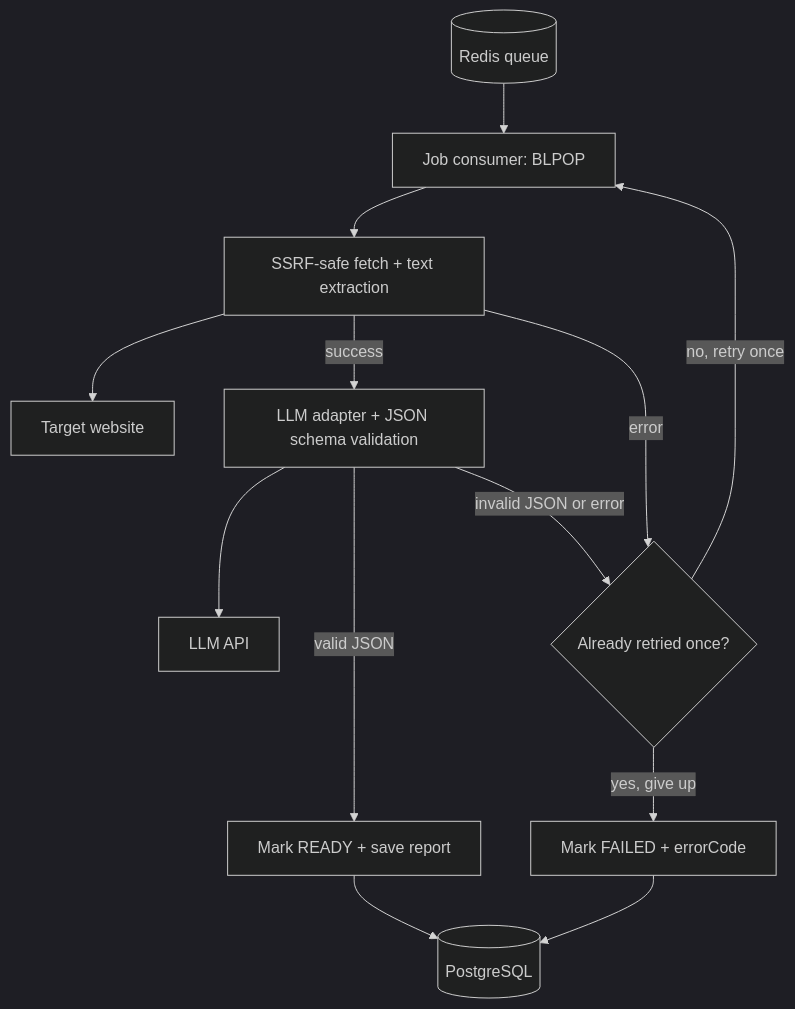
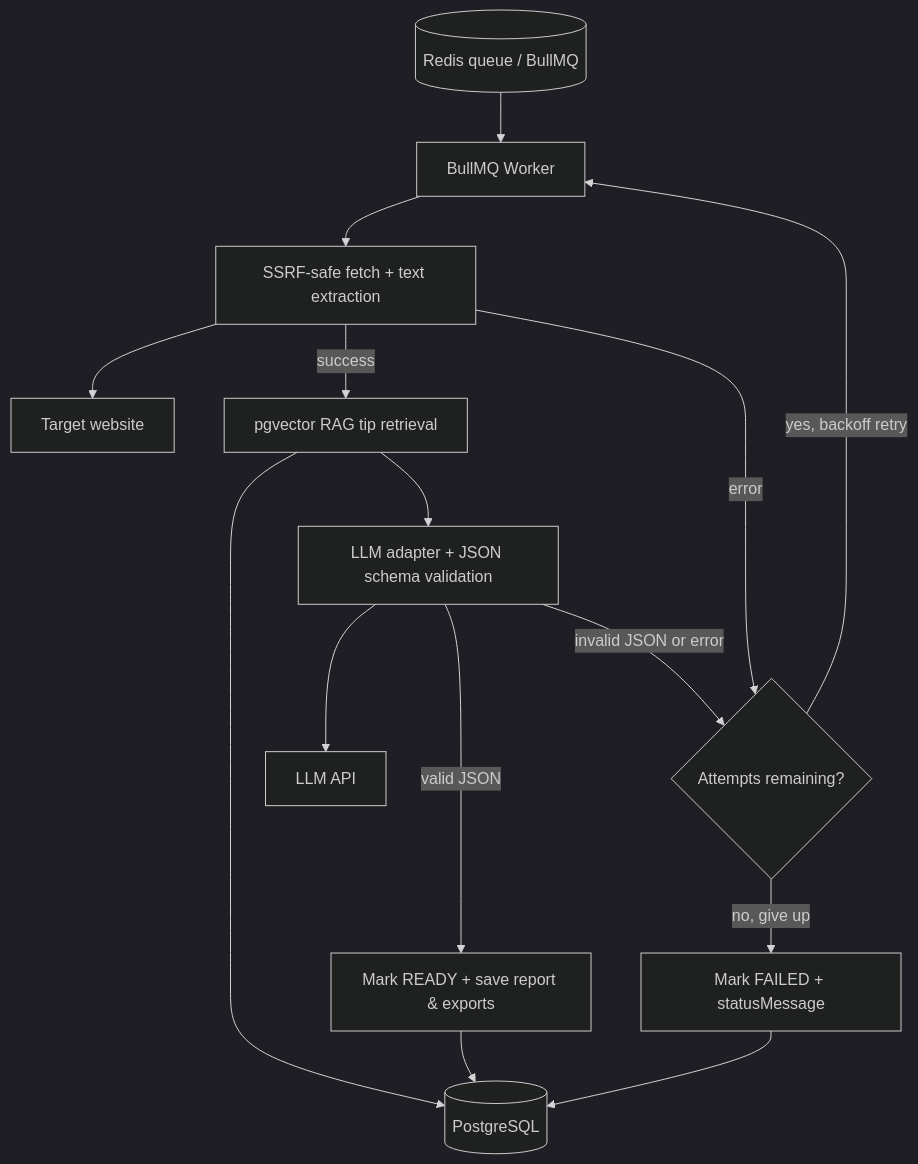
One commit to Luxion07/sitegap-ai changed the ninth of 12 diagrams in docs/ARCHITECTURE.md. Above: the diagram before and after it, drawn with Mermaid (dark theme). The commit also changed other lines of this file and 1 other file, not shown here.

First line of the commit message:
docs(architecture): record BullMQ worker decision for Phase 9

````diff
--- a/docs/ARCHITECTURE.md
+++ b/docs/ARCHITECTURE.md
@@ -307,26 +317,29 @@
 ```mermaid
 flowchart TB
-  Queue[(Redis queue)]
-  Consumer[Job consumer: BLPOP]
+  Queue[(Redis queue / BullMQ)]
+  Consumer[BullMQ Worker]
   Fetch[SSRF-safe fetch + text extraction]
+  RAG[pgvector RAG tip retrieval]
   AI[LLM adapter + JSON schema validation]
-  Retry{Already retried once?}
-  Ready[Mark READY + save report]
-  Fail[Mark FAILED + errorCode]
+  Retry{Attempts remaining?}
+  Ready[Mark READY + save report & exports]
+  Fail[Mark FAILED + statusMessage]
   DB[(PostgreSQL)]
   LLM[LLM API]
   Website[Target website]
 
   Queue --> Consumer
   Consumer --> Fetch
   Fetch --> Website
-  Fetch -->|success| AI
+  Fetch -->|success| RAG
   Fetch -->|error| Retry
+  RAG --> DB
+  RAG --> AI
   AI --> LLM
   AI -->|valid JSON| Ready
   AI -->|invalid JSON or error| Retry
-  Retry -->|no, retry once| Consumer
-  Retry -->|yes, give up| Fail
+  Retry -->|yes, backoff retry| Consumer
+  Retry -->|no, give up| Fail
   Ready --> DB
   Fail --> DB
 ```
````
